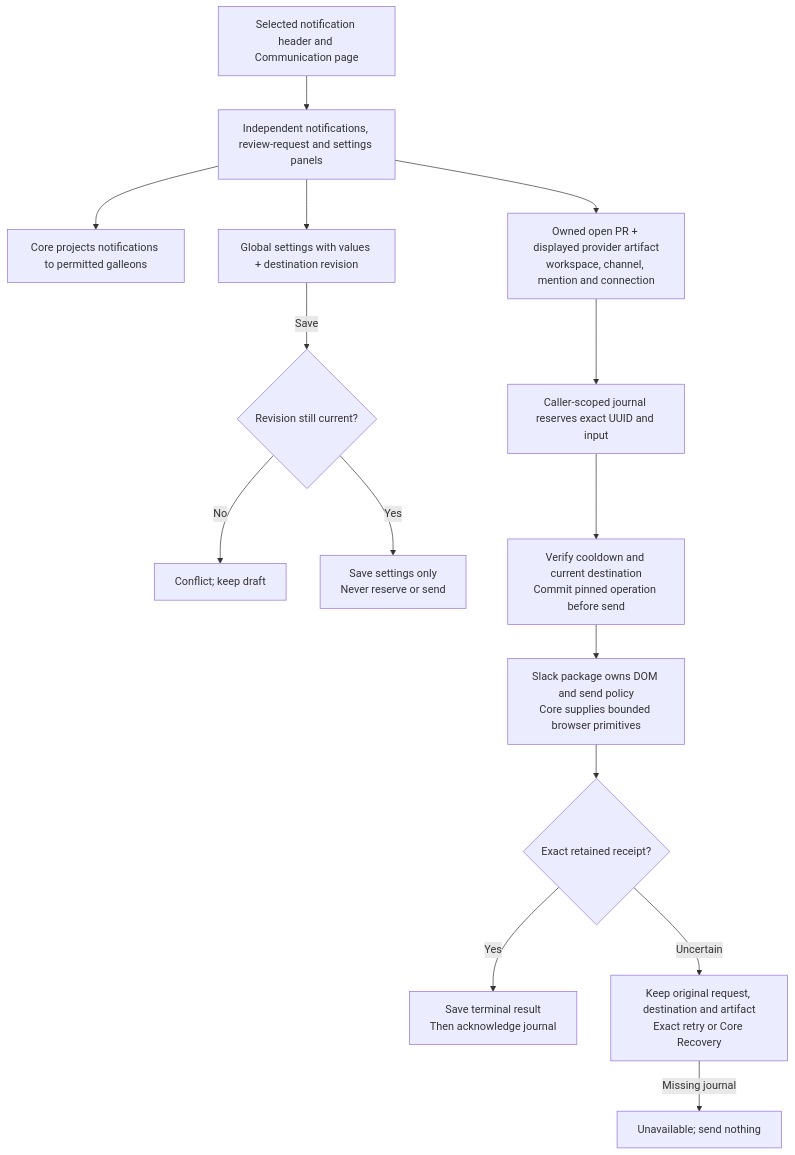
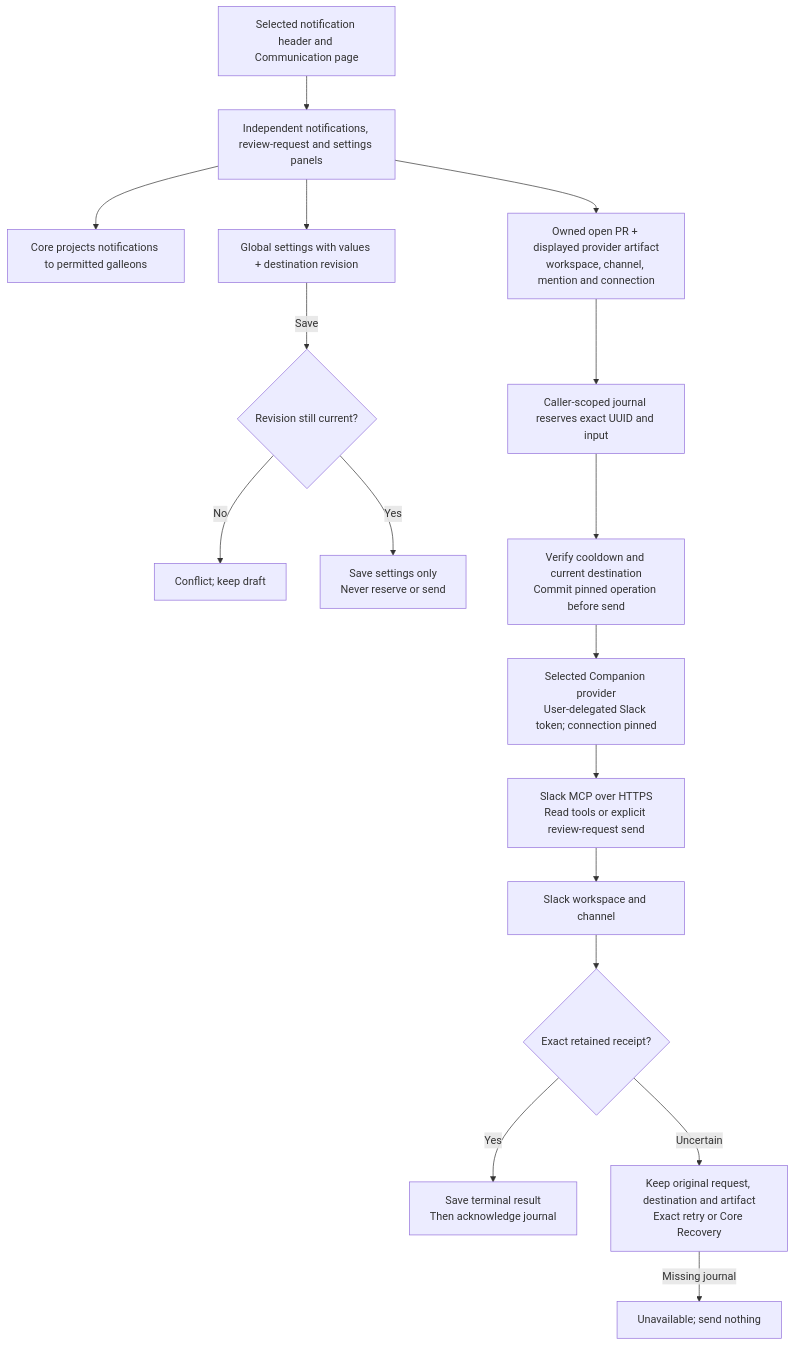
One commit to nloehlein-godaddy/helmsman changed the tenth of 26 diagrams in docs/helmsman-process.md. Above: the diagram before and after it, drawn with Mermaid. The commit also changed other lines of this file and 41 other files, not shown here.

Commit message:
feat: replace Slack browser default with Companion MCP transport

````diff
--- a/docs/helmsman-process.md
+++ b/docs/helmsman-process.md
@@ -276,17 +276,19 @@
 ```mermaid
 flowchart TD
     Slots[Selected notification header and Communication page] --> Panels[Independent notifications, review-request and settings panels]
     Panels --> Read[Core projects notifications to permitted galleons]
     Panels --> Settings[Global settings with values + destination revision]
     Settings -->|Save| CAS{Revision still current?}
     CAS -->|No| Draft[Conflict; keep draft]
     CAS -->|Yes| Store[Save settings only<br/>Never reserve or send]
     Panels --> Target[Owned open PR + displayed provider artifact<br/>workspace, channel, mention and connection]
     Target --> Journal[Caller-scoped journal reserves exact UUID and input]
     Journal --> Durable[Verify cooldown and current destination<br/>Commit pinned operation before send]
-    Durable --> Provider[Slack package owns DOM and send policy<br/>Core supplies bounded browser primitives]
-    Provider --> Receipt{Exact retained receipt?}
+    Durable --> Provider[Selected Companion provider<br/>User-delegated Slack token; connection pinned]
+    Provider --> MCP[Slack MCP over HTTPS<br/>Read tools or explicit review-request send]
+    MCP --> Slack[Slack workspace and channel]
+    Slack --> Receipt{Exact retained receipt?}
     Receipt -->|Yes| Save[Save terminal result<br/>Then acknowledge journal]
     Receipt -->|Uncertain| Recovery[Keep original request, destination and artifact<br/>Exact retry or Core Recovery]
     Recovery -->|Missing journal| NoSend[Unavailable; send nothing]
 ```
````
